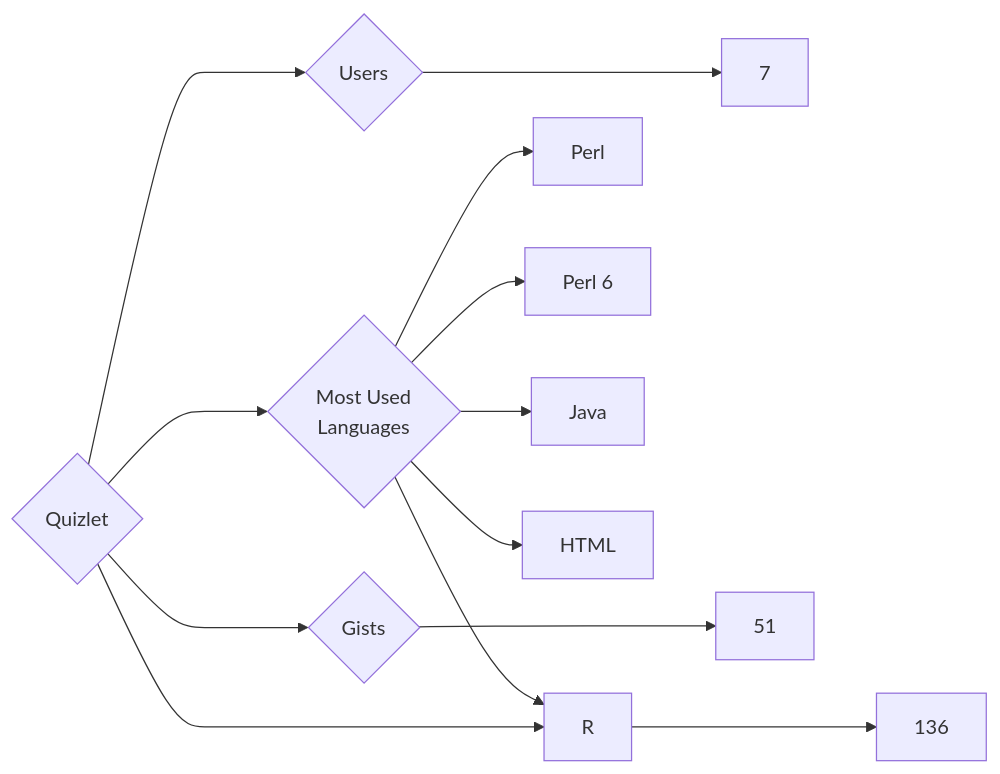
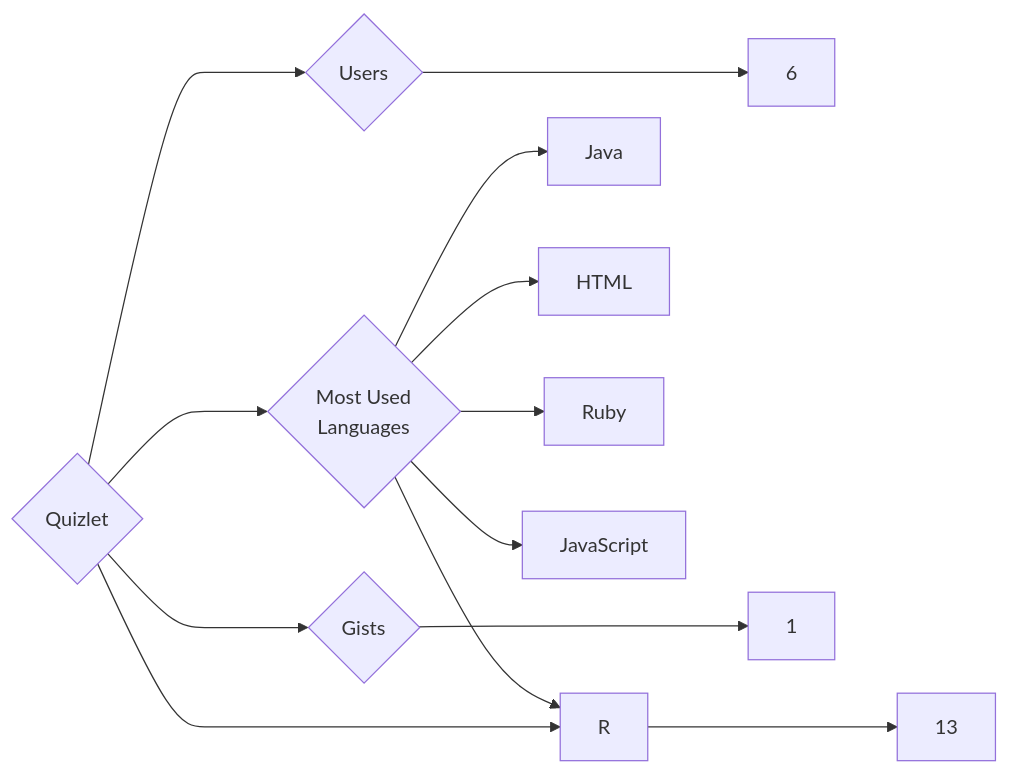
One commit to trickest/insiders changed the diagram in targets/Quizlet/README.md. Above: the diagram before and after it, drawn with Mermaid. The commit also changed 1508 other files, not shown here.

````diff
--- a/targets/Quizlet/README.md
+++ b/targets/Quizlet/README.md
@@ -3,13 +3,13 @@
 ```mermaid
 graph LR
 COMPANY_NAME{Quizlet}
-COMPANY_NAME ---> U{Users} ---> UN[7]
-COMPANY_NAME ---> R{Repositories} ---> RN[136]
-COMPANY_NAME ---> G{Gists} ---> GN[51]
+COMPANY_NAME ---> U{Users} ---> UN[6]
+COMPANY_NAME ---> R{Repositories} ---> RN[13]
+COMPANY_NAME ---> G{Gists} ---> GN[1]
 COMPANY_NAME ---> ML{Most Used<br>Languages}
-ML --> Perl[Perl]
-ML --> Perl_6[Perl 6]
 ML --> Java[Java]
 ML --> R[R]
 ML --> HTML[HTML]
+ML --> Ruby[Ruby]
+ML --> JavaScript[JavaScript]
 ```
````
